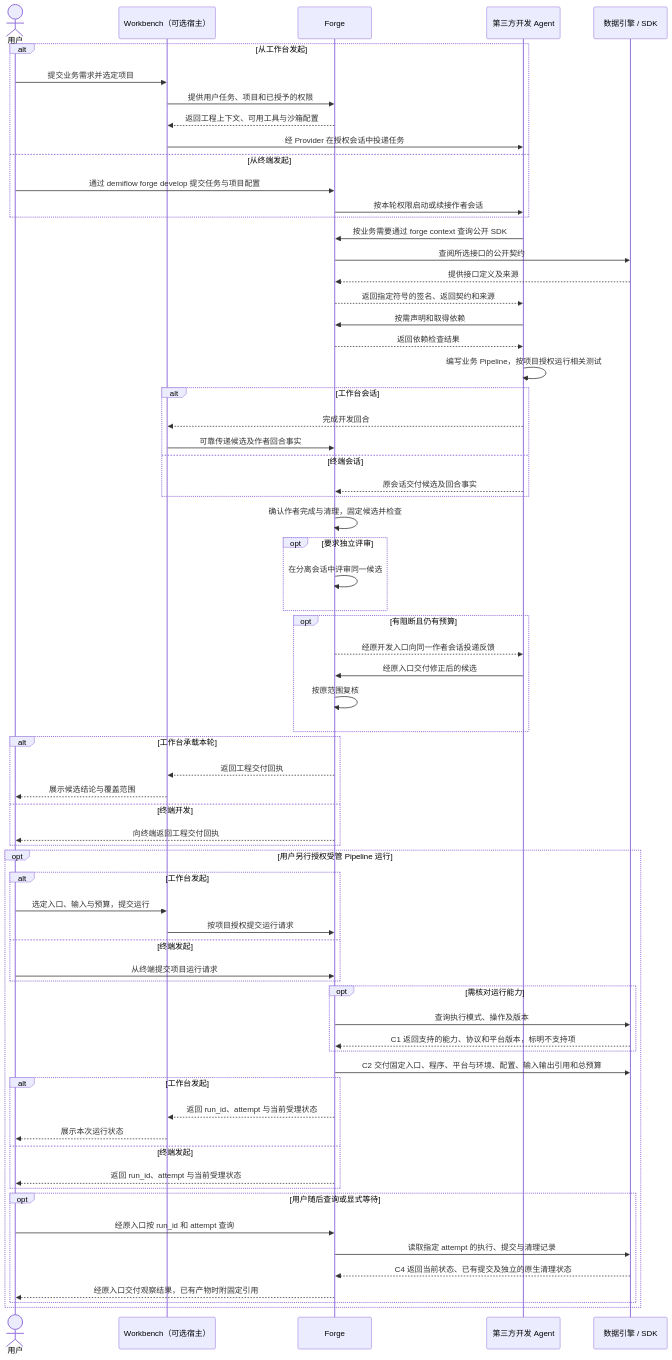
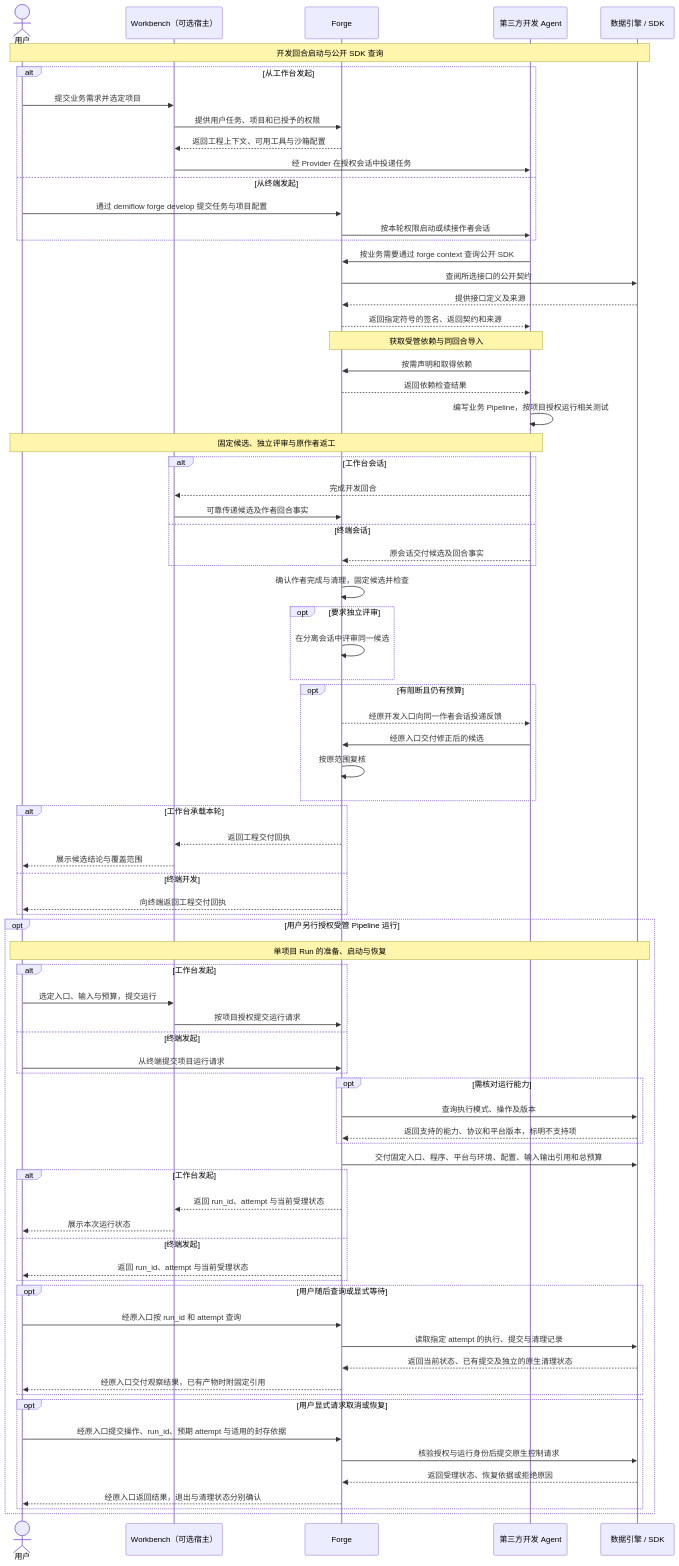
Before and after one commit to vincent9299/demiflow: the second of 14 diagrams in docs/demiflow-architecture.md, drawn with Mermaid. The commit also changed other lines of this file, not shown here.

Commit message:
Organize architecture into numbered responsibilities and linked sequence diagrams

````diff
--- a/docs/demiflow-architecture.md
+++ b/docs/demiflow-architecture.md
@@ -44,70 +38,80 @@
 ```mermaid
 sequenceDiagram
     actor U as 用户
     participant W as Workbench（可选宿主）
     participant F as Forge
     participant A as 第三方开发 Agent
     participant E as 数据引擎 / SDK
+    Note over U,E: 开发回合启动与公开 SDK 查询
     alt 从工作台发起
         U->>W: 提交业务需求并选定项目
         W->>F: 提供用户任务、项目和已授予的权限
         F-->>W: 返回工程上下文、可用工具与沙箱配置
         W->>A: 经 Provider 在授权会话中投递任务
     else 从终端发起
         U->>F: 通过 demiflow forge develop 提交任务与项目配置
         F->>A: 按本轮权限启动或续接作者会话
     end
     A->>F: 按业务需要通过 forge context 查询公开 SDK
     F->>E: 查阅所选接口的公开契约
     E-->>F: 提供接口定义及来源
     F-->>A: 返回指定符号的签名、返回契约和来源
+    Note over A,F: 获取受管依赖与同回合导入
     A->>F: 按需声明和取得依赖
     F-->>A: 返回依赖检查结果
     A->>A: 编写业务 Pipeline，按项目授权运行相关测试
+    Note over U,A: 固定候选、独立评审与原作者返工
     alt 工作台会话
         A-->>W: 完成开发回合
         W->>F: 可靠传递候选及作者回合事实
     else 终端会话
         A-->>F: 原会话交付候选及回合事实
     end
     F->>F: 确认作者完成与清理，固定候选并检查
     opt 要求独立评审
         F->>F: 在分离会话中评审同一候选
     end
     opt 有阻断且仍有预算
         F-->>A: 经原开发入口向同一作者会话投递反馈
         A->>F: 经原入口交付修正后的候选
         F->>F: 按原范围复核
     end
     alt 工作台承载本轮
         F-->>W: 返回工程交付回执
         W-->>U: 展示候选结论与覆盖范围
     else 终端开发
         F-->>U: 向终端返回工程交付回执
     end
     opt 用户另行授权受管 Pipeline 运行
+        Note over U,E: 单项目 Run 的准备、启动与恢复
         alt 工作台发起
             U->>W: 选定入口、输入与预算，提交运行
             W->>F: 按项目授权提交运行请求
         else 终端发起
             U->>F: 从终端提交项目运行请求
         end
         opt 需核对运行能力
             F->>E: 查询执行模式、操作及版本
-            E-->>F: C1 返回支持的能力、协议和平台版本，标明不支持项
+            E-->>F: 返回支持的能力、协议和平台版本，标明不支持项
         end
-        F->>E: C2 交付固定入口、程序、平台与环境、配置、输入输出引用和总预算
+        F->>E: 交付固定入口、程序、平台与环境、配置、输入输出引用和总预算
         alt 工作台发起
             F-->>W: 返回 run_id、attempt 与当前受理状态
             W-->>U: 展示本次运行状态
         else 终端发起
             F-->>U: 返回 run_id、attempt 与当前受理状态
         end
         opt 用户随后查询或显式等待
             U->>F: 经原入口按 run_id 和 attempt 查询
             F->>E: 读取指定 attempt 的执行、提交与清理记录
-            E-->>F: C4 返回当前状态、已有提交及独立的原生清理状态
+            E-->>F: 返回当前状态、已有提交及独立的原生清理状态
             F-->>U: 经原入口交付观察结果，已有产物时附固定引用
+        end
+        opt 用户显式请求取消或恢复
+            U->>F: 经原入口提交操作、run_id、预期 attempt 与适用的封存依据
+            F->>E: 核验授权与运行身份后提交原生控制请求
+            E-->>F: 返回受理状态、恢复依据或拒绝原因
+            F-->>U: 经原入口返回结果，退出与清理状态分别确认
         end
     end
 ```
````
